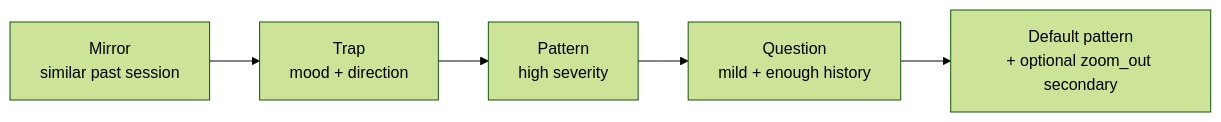
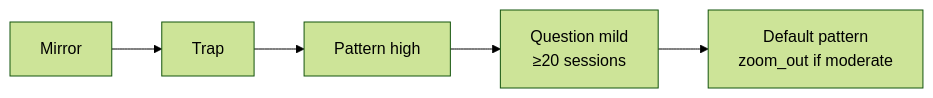
Before and after one commit to Angelguirao/holzen: the fourth of 4 diagrams in docs/ai-powered-pause-system.md, drawn with Mermaid (forest theme). The commit also changed other lines of this file, not shown here.

````diff
--- a/docs/ai-powered-pause-system.md
+++ b/docs/ai-powered-pause-system.md
@@ -160,7 +167,7 @@
 ```mermaid
 flowchart LR
-  A[Mirror\nsimilar past session] --> B[Trap\nmood + direction]
-  B --> C[Pattern\nhigh severity]
-  C --> D[Question\nmild + enough history]
-  D --> E[Default pattern\n+ optional zoom_out secondary]
+  A[Mirror] --> B[Trap]
+  B --> C[Pattern high]
+  C --> D[Question mild\n≥20 sessions]
+  D --> E[Default pattern\nzoom_out if moderate]
 ```
````
